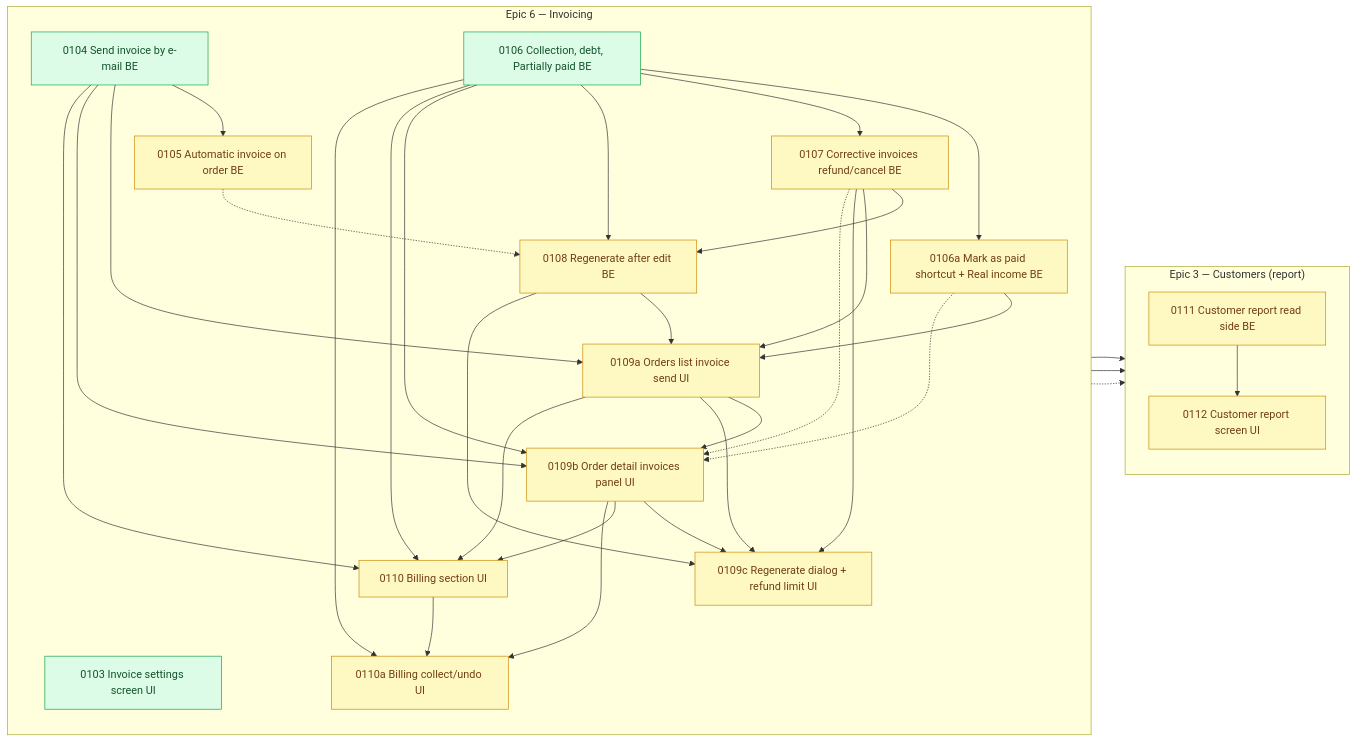
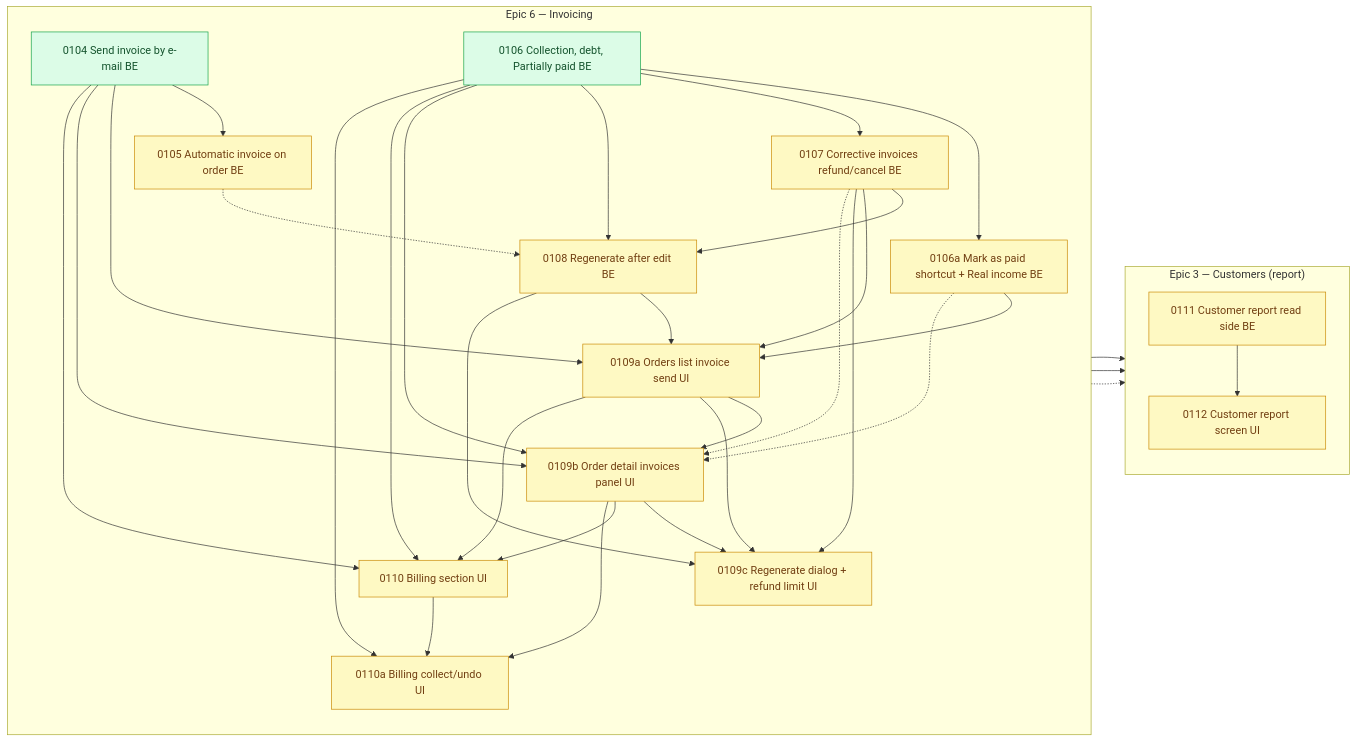
One commit to shojen/AI4Devs-finalproject changed the diagram in arospe/ai-spec/tasks-map.md. Above: the diagram before and after it, drawn with Mermaid. The commit also changed other lines of this file and 6 other files, not shown here.

````diff
--- a/arospe/ai-spec/tasks-map.md
+++ b/arospe/ai-spec/tasks-map.md
@@ -761,7 +766,6 @@
     %% (P0071 --> P0073/P0075/P0079 dropped: 0071 closed to done/ 2026-10-07.)
     subgraph PEND_INVOICING["Epic 6 — Invoicing"]
         direction TB
-        P0103["0103 Invoice settings screen UI"]
         P0104["0104 Send invoice by e-mail BE"]
         P0105["0105 Automatic invoice on order BE"]
         P0106["0106 Collection, debt, Partially paid BE"]
@@ -814,6 +818,7 @@
     P0107 -.-> P0109b
     %% Shared-file risk with the stock dialogs (no dependency): see the update note at the top.
     %% (P0102 --> P0103/P0104/P0109b/P0110 dropped: 0102 closed to done/ 2026-11-19; 0103 and 0104 are now ready.)
-    class P0103,P0104,P0106 ready;
+    %% (P0103 closed to done/ 2026-11-21; no edges touched it and no node is `claimed`.)
+    class P0104,P0106 ready;
     class P0105,P0106a,P0107,P0108,P0109a,P0109b,P0109c,P0110,P0110a,P0111,P0112 pending;
 ```
````
